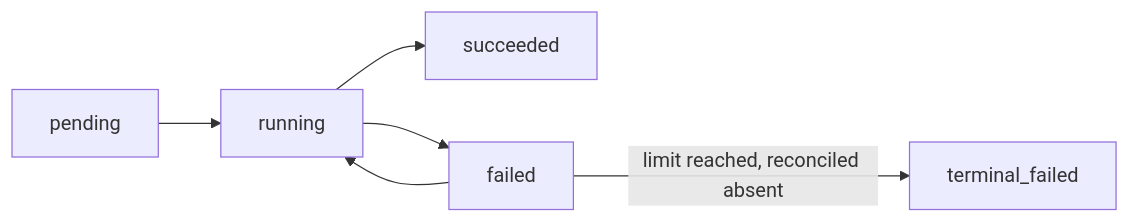
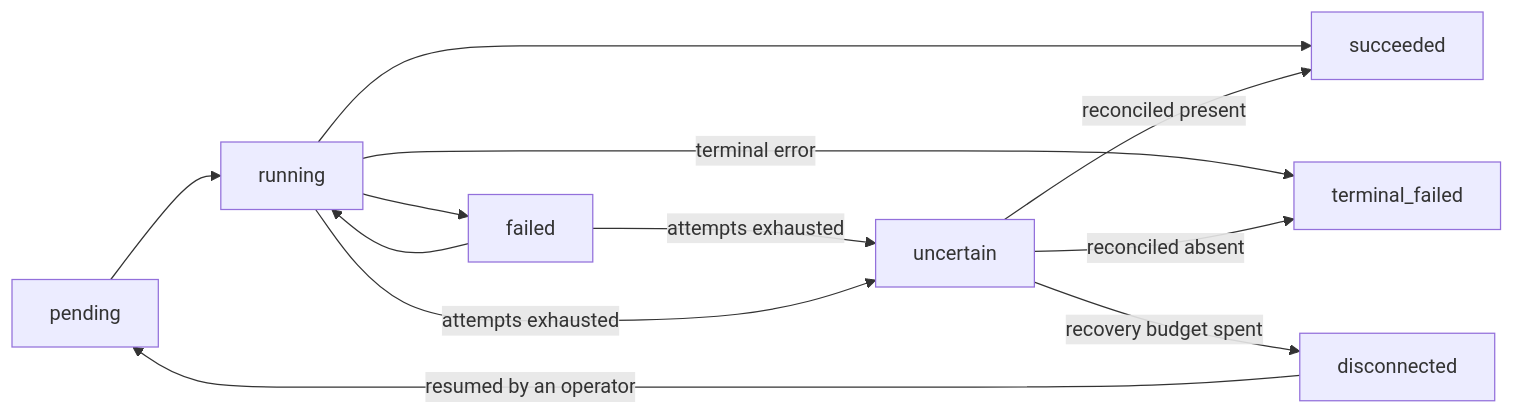
One commit to Agent-AI-Chalmers/sec-review-bot changed the fifth of 5 diagrams in services/review-runs/README.md. Above: the diagram before and after it, drawn with Mermaid. The commit also changed other lines of this file and 5 other files, not shown here.

````diff
--- a/services/review-runs/README.md
+++ b/services/review-runs/README.md
@@ -120,7 +133,13 @@
 ```mermaid
 flowchart LR
   steppending[pending] --> runningstep[running] --> stepsucceeded[succeeded]
   runningstep --> stepfailed[failed]
   stepfailed --> runningstep
-  stepfailed -->|limit reached, reconciled absent| terminalfailed[terminal_failed]
+  runningstep -->|terminal error| terminalfailed[terminal_failed]
+  stepfailed -->|attempts exhausted| stepuncertain[uncertain]
+  runningstep -->|attempts exhausted| stepuncertain
+  stepuncertain -->|reconciled present| stepsucceeded
+  stepuncertain -->|reconciled absent| terminalfailed
+  stepuncertain -->|recovery budget spent| stepdisconnected[disconnected]
+  stepdisconnected -->|resumed by an operator| steppending
 ```
````
